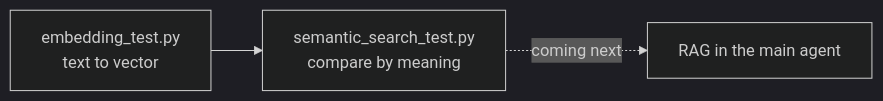
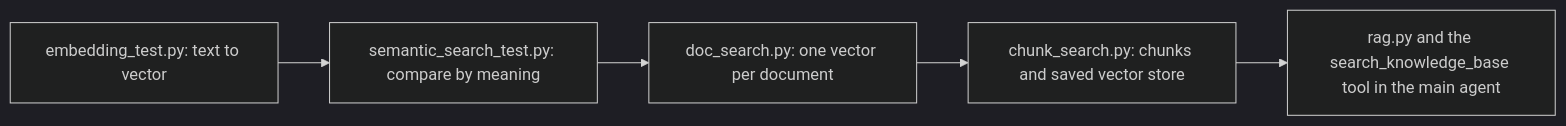
Before and after one commit to MAZHARMIK/python-ai-agent-ollama: the second of 2 diagrams in Code Snippets/README.md, drawn with Mermaid (dark theme). The commit also changed other lines of this file, not shown here.

````diff
--- a/Code Snippets/README.md
+++ b/Code Snippets/README.md
@@ -47,5 +51,7 @@
 ```mermaid
 flowchart LR
-    E1[embedding_test.py<br/>text to vector] --> E2[semantic_search_test.py<br/>compare by meaning]
-    E2 -.->|coming next| R[RAG in the main agent]
+    E1[embedding_test.py: text to vector] --> E2[semantic_search_test.py: compare by meaning]
+    E2 --> D[doc_search.py: one vector per document]
+    D --> C[chunk_search.py: chunks and saved vector store]
+    C --> R[rag.py and the search_knowledge_base tool in the main agent]
 ```
````
